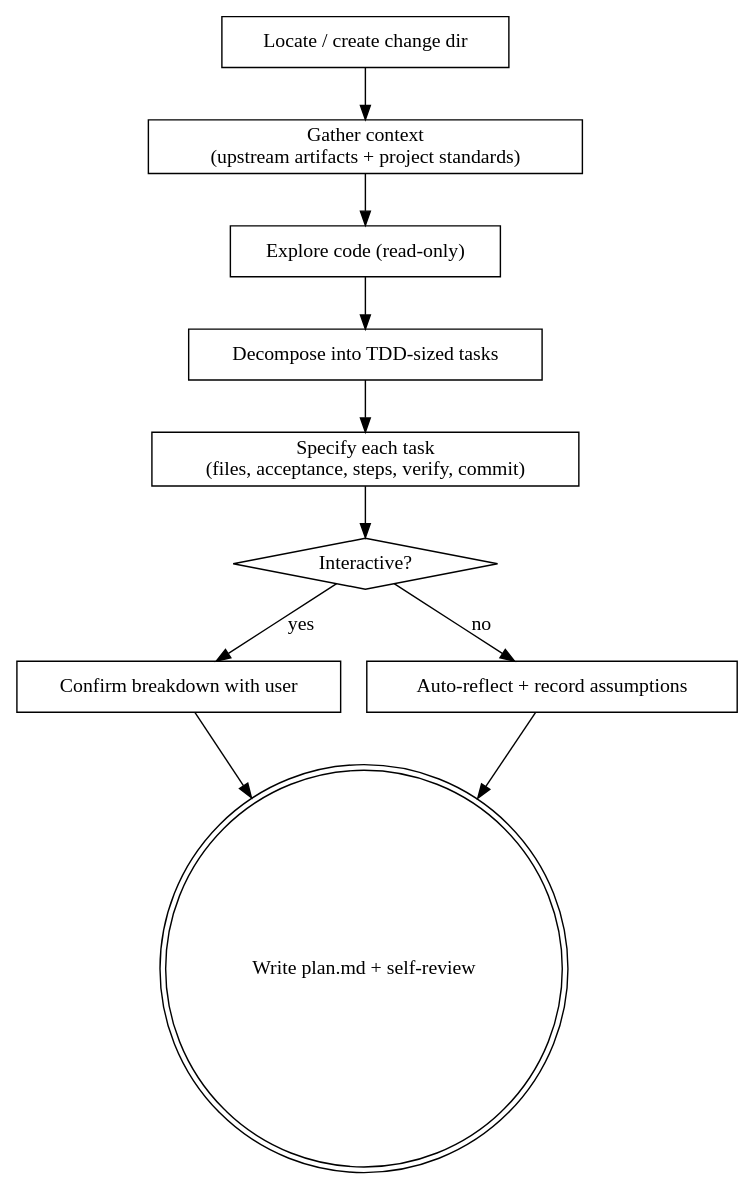
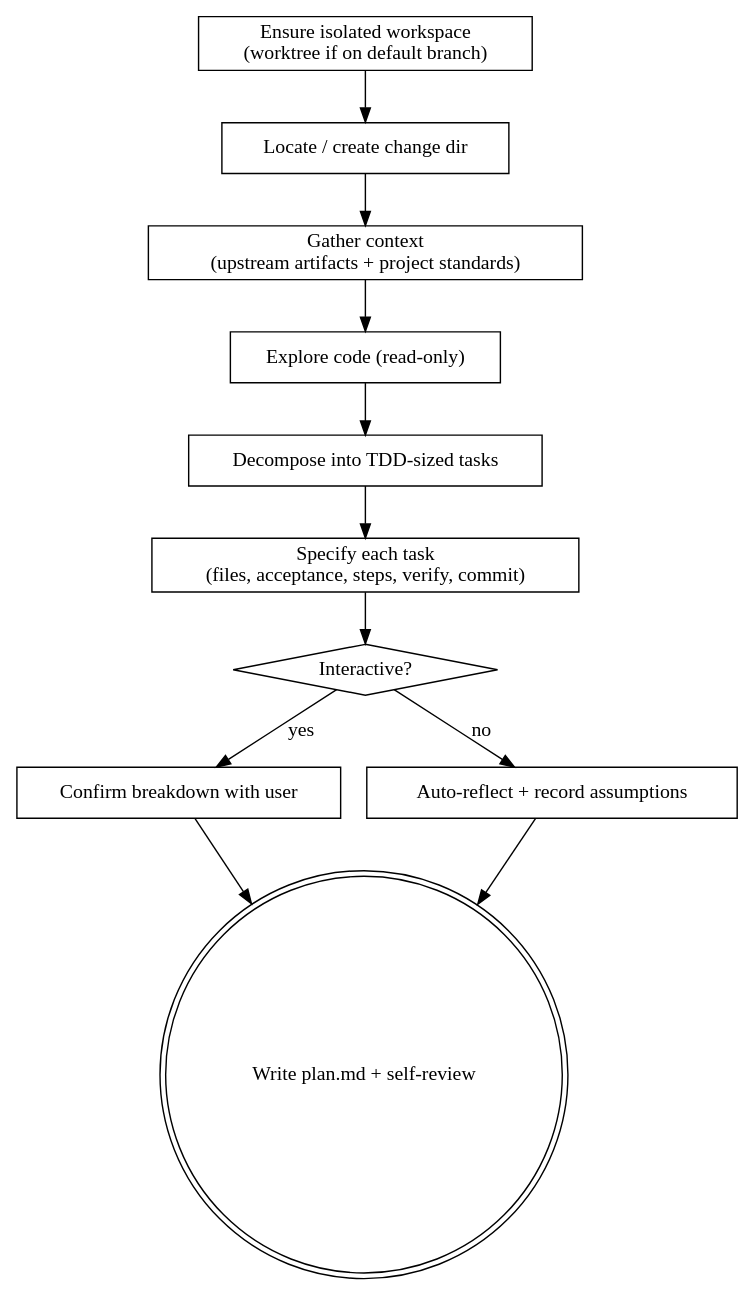
Before and after one commit to caiorcferreira/hamilton: the diagram in skills/hamilton-plan/SKILL.md, drawn with Graphviz. The commit also changed other lines of this file and 1 other file, not shown here.

Commit message:
feat: enter worktree when proposing or planning

````diff
--- a/skills/hamilton-plan/SKILL.md
+++ b/skills/hamilton-plan/SKILL.md
@@ -88,23 +96,25 @@
 ```dot
 digraph hamilton_plan {
+    "Ensure isolated workspace\n(worktree if on default branch)" [shape=box];
     "Locate / create change dir" [shape=box];
     "Gather context\n(upstream artifacts + project standards)" [shape=box];
     "Explore code (read-only)" [shape=box];
     "Decompose into TDD-sized tasks" [shape=box];
     "Specify each task\n(files, acceptance, steps, verify, commit)" [shape=box];
     "Interactive?" [shape=diamond];
     "Confirm breakdown with user" [shape=box];
     "Auto-reflect + record assumptions" [shape=box];
     "Write plan.md + self-review" [shape=doublecircle];
 
+    "Ensure isolated workspace\n(worktree if on default branch)" -> "Locate / create change dir";
     "Locate / create change dir" -> "Gather context\n(upstream artifacts + project standards)";
     "Gather context\n(upstream artifacts + project standards)" -> "Explore code (read-only)";
     "Explore code (read-only)" -> "Decompose into TDD-sized tasks";
     "Decompose into TDD-sized tasks" -> "Specify each task\n(files, acceptance, steps, verify, commit)";
     "Specify each task\n(files, acceptance, steps, verify, commit)" -> "Interactive?";
     "Interactive?" -> "Confirm breakdown with user" [label="yes"];
     "Interactive?" -> "Auto-reflect + record assumptions" [label="no"];
     "Confirm breakdown with user" -> "Write plan.md + self-review";
     "Auto-reflect + record assumptions" -> "Write plan.md + self-review";
 }
 ```
````
